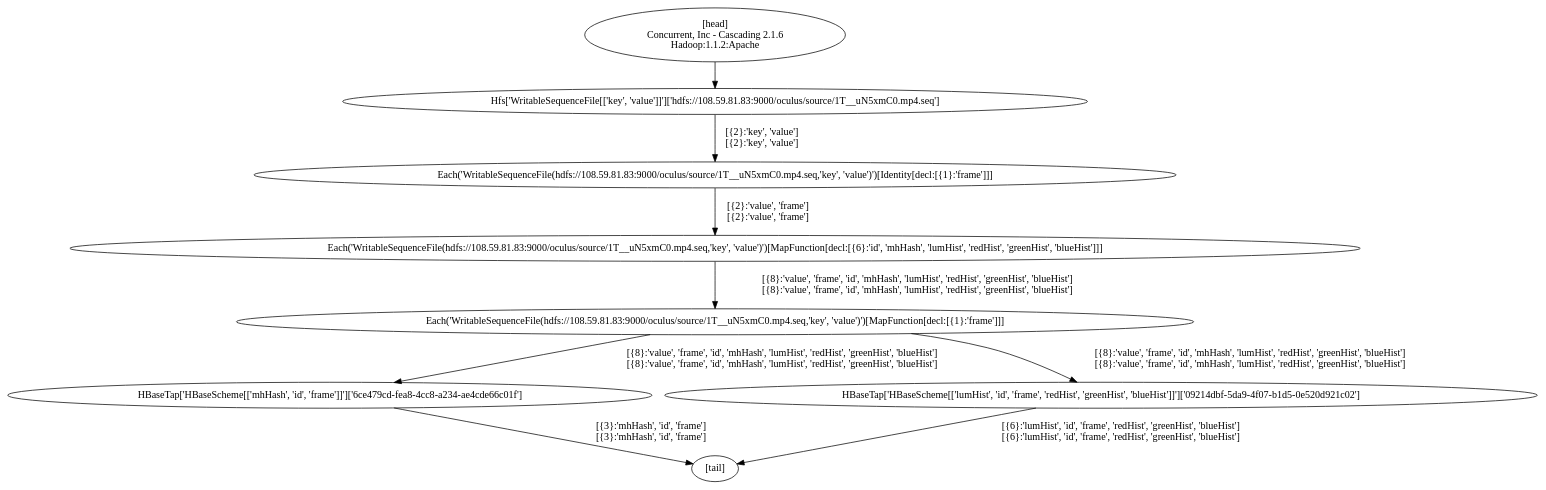
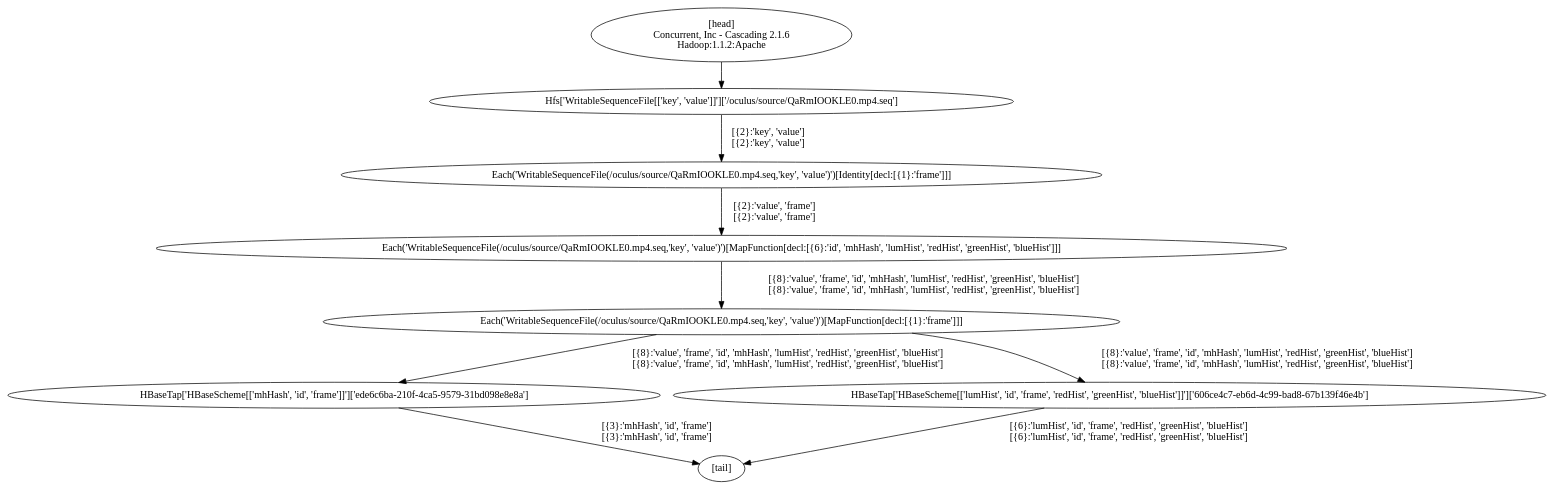
The diagram in HashVideoSeqFilesJob.dot (ktoso/oculus), drawn with Graphviz before and after one commit. The commit also changed 3 other files, not shown here.

```diff
--- a/HashVideoSeqFilesJob.dot
+++ b/HashVideoSeqFilesJob.dot
@@ -1,18 +1,18 @@
 digraph G {
-  1 [label = "HBaseTap['HBaseScheme[['mhHash', 'id', 'frame']]']['6ce479cd-fea8-4cc8-a234-ae4cde66c01f']"];
-  2 [label = "Each('WritableSequenceFile(hdfs://108.59.81.83:9000/oculus/source/1T__uN5xmC0.mp4.seq,'key', 'value')')[MapFunction[decl:[{1}:'frame']]]"];
-  3 [label = "Each('WritableSequenceFile(hdfs://108.59.81.83:9000/oculus/source/1T__uN5xmC0.mp4.seq,'key', 'value')')[MapFunction[decl:[{6}:'id', 'mhHash', 'lumHist', 'redHist', 'greenHist', 'blueHist']]]"];
-  4 [label = "Each('WritableSequenceFile(hdfs://108.59.81.83:9000/oculus/source/1T__uN5xmC0.mp4.seq,'key', 'value')')[Identity[decl:[{1}:'frame']]]"];
-  5 [label = "Hfs['WritableSequenceFile[['key', 'value']]']['hdfs://108.59.81.83:9000/oculus/source/1T__uN5xmC0.mp4.seq']"];
-  6 [label = "HBaseTap['HBaseScheme[['lumHist', 'id', 'frame', 'redHist', 'greenHist', 'blueHist']]']['09214dbf-5da9-4f07-b1d5-0e520d921c02']"];
+  1 [label = "HBaseTap['HBaseScheme[['mhHash', 'id', 'frame']]']['ede6c6ba-210f-4ca5-9579-31bd098e8e8a']"];
+  2 [label = "Each('WritableSequenceFile(/oculus/source/QaRmIOOKLE0.mp4.seq,'key', 'value')')[MapFunction[decl:[{1}:'frame']]]"];
+  3 [label = "Each('WritableSequenceFile(/oculus/source/QaRmIOOKLE0.mp4.seq,'key', 'value')')[MapFunction[decl:[{6}:'id', 'mhHash', 'lumHist', 'redHist', 'greenHist', 'blueHist']]]"];
+  4 [label = "Each('WritableSequenceFile(/oculus/source/QaRmIOOKLE0.mp4.seq,'key', 'value')')[Identity[decl:[{1}:'frame']]]"];
+  5 [label = "Hfs['WritableSequenceFile[['key', 'value']]']['/oculus/source/QaRmIOOKLE0.mp4.seq']"];
+  6 [label = "HBaseTap['HBaseScheme[['lumHist', 'id', 'frame', 'redHist', 'greenHist', 'blueHist']]']['606ce4c7-eb6d-4c99-bad8-67b139f46e4b']"];
   7 [label = "[head]\nConcurrent, Inc - Cascading 2.1.6\nHadoop:1.1.2:Apache"];
   8 [label = "[tail]"];
   4 -> 3 [label = "[{2}:'value', 'frame']\n[{2}:'value', 'frame']"];
   3 -> 2 [label = "[{8}:'value', 'frame', 'id', 'mhHash', 'lumHist', 'redHist', 'greenHist', 'blueHist']\n[{8}:'value', 'frame', 'id', 'mhHash', 'lumHist', 'redHist', 'greenHist', 'blueHist']"];
   7 -> 5 [label = ""];
+  1 -> 8 [label = "[{3}:'mhHash', 'id', 'frame']\n[{3}:'mhHash', 'id', 'frame']"];
   6 -> 8 [label = "[{6}:'lumHist', 'id', 'frame', 'redHist', 'greenHist', 'blueHist']\n[{6}:'lumHist', 'id', 'frame', 'redHist', 'greenHist', 'blueHist']"];
-  1 -> 8 [label = "[{3}:'mhHash', 'id', 'frame']\n[{3}:'mhHash', 'id', 'frame']"];
   5 -> 4 [label = "[{2}:'key', 'value']\n[{2}:'key', 'value']"];
   2 -> 6 [label = "[{8}:'value', 'frame', 'id', 'mhHash', 'lumHist', 'redHist', 'greenHist', 'blueHist']\n[{8}:'value', 'frame', 'id', 'mhHash', 'lumHist', 'redHist', 'greenHist', 'blueHist']"];
   2 -> 1 [label = "[{8}:'value', 'frame', 'id', 'mhHash', 'lumHist', 'redHist', 'greenHist', 'blueHist']\n[{8}:'value', 'frame', 'id', 'mhHash', 'lumHist', 'redHist', 'greenHist', 'blueHist']"];
 }
```
